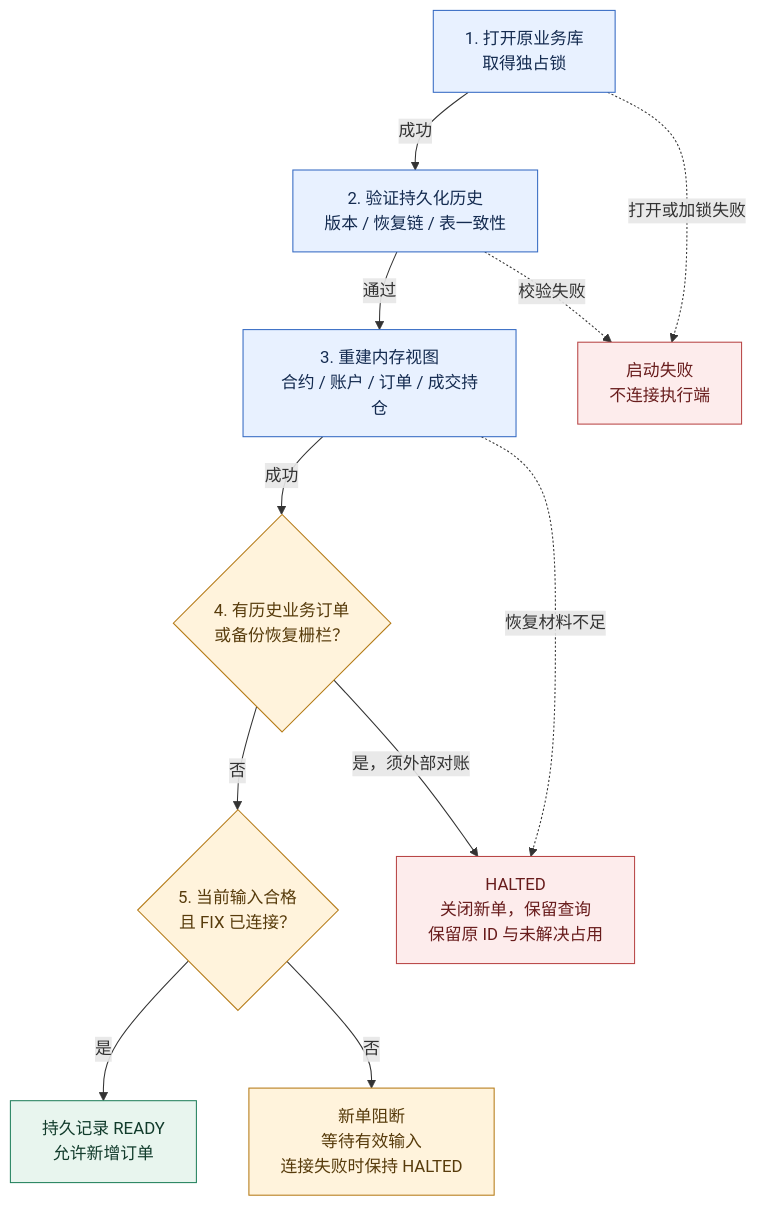
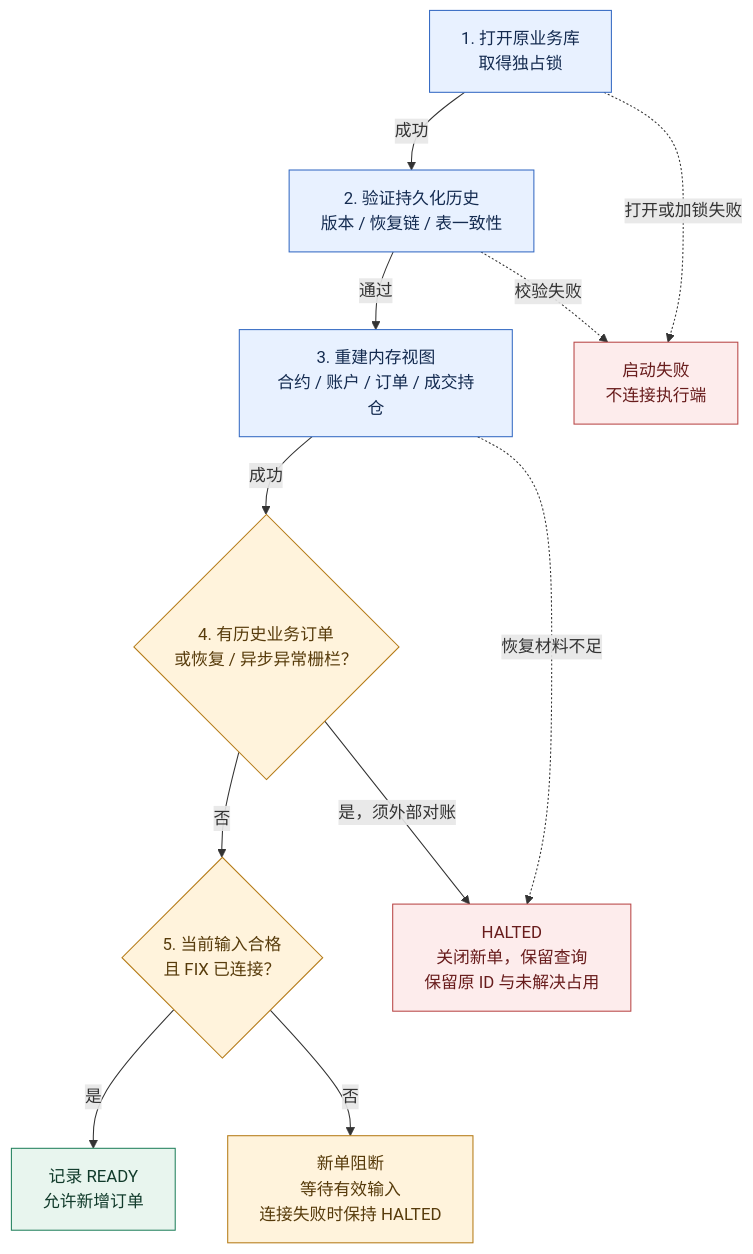
Before and after one commit to kmind-git/OrderHub: the third of 3 diagrams in README.md, drawn with Mermaid. The commit also changed other lines of this file and 27 other files, not shown here.

````diff
--- a/README.md
+++ b/README.md
@@ -264,36 +275,36 @@
 ```mermaid
 flowchart TB
     Open["1. 打开原业务库<br/>取得独占锁"]
     Verify["2. 验证持久化历史<br/>版本 / 恢复链 / 表一致性"]
     Restore["3. 重建内存视图<br/>合约 / 账户 / 订单 / 成交持仓"]
-    History{"4. 有历史业务订单<br/>或备份恢复栅栏？"}
+    History{"4. 有历史业务订单<br/>或恢复 / 异步异常栅栏？"}
     Inputs{"5. 当前输入合格<br/>且 FIX 已连接？"}
 
     Fail["启动失败<br/>不连接执行端"]
     Halt["HALTED<br/>关闭新单，保留查询<br/>保留原 ID 与未解决占用"]
     Blocked["新单阻断<br/>等待有效输入<br/>连接失败时保持 HALTED"]
-    Ready["持久记录 READY<br/>允许新增订单"]
+    Ready["记录 READY<br/>允许新增订单"]
 
     Open -->|"成功"| Verify
     Verify -->|"通过"| Restore
     Restore -->|"成功"| History
     History -->|"否"| Inputs
     Inputs -->|"是"| Ready
 
     Open -.->|"打开或加锁失败"| Fail
     Verify -.->|"校验失败"| Fail
     Restore -.->|"恢复材料不足"| Halt
     History -->|"是，须外部对账"| Halt
     Inputs -->|"否"| Blocked
 
     classDef step fill:#e8f1ff,stroke:#356ac3,color:#142b50
     classDef decision fill:#fff3dc,stroke:#b57b17,color:#573b0b
     classDef stop fill:#fdecec,stroke:#b84646,color:#681c1c
     classDef wait fill:#fff3dc,stroke:#b57b17,color:#573b0b
     classDef ready fill:#e8f5ee,stroke:#23815d,color:#113b2b
     class Open,Verify,Restore step
     class History,Inputs decision
     class Fail,Halt stop
     class Blocked wait
     class Ready ready
 ```
````
